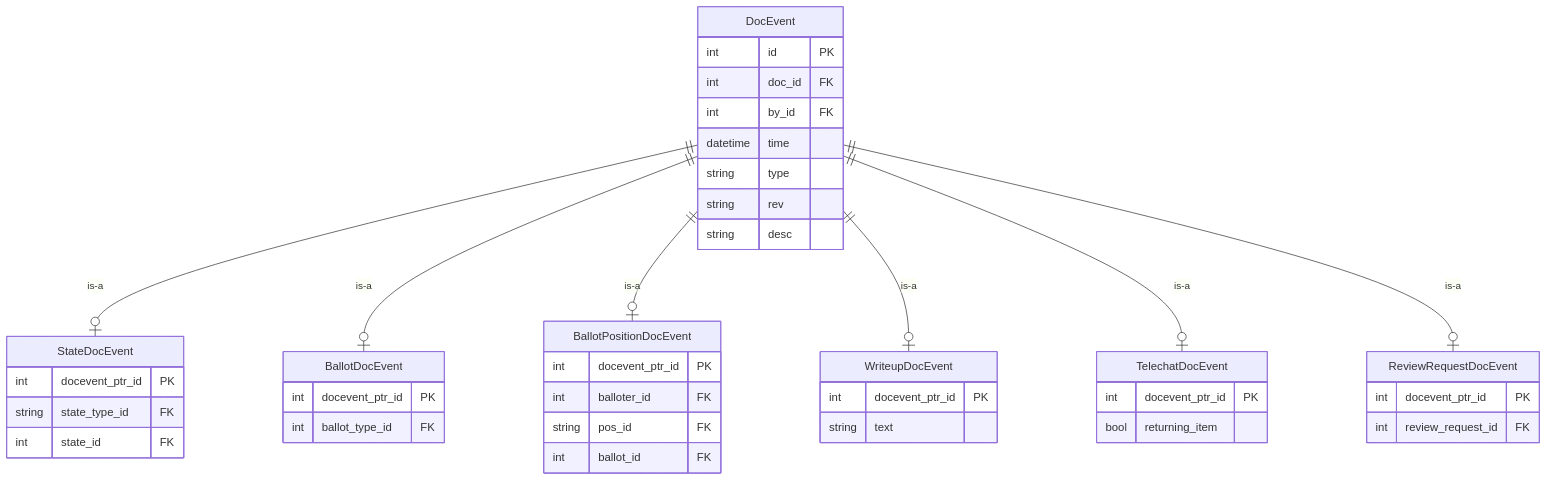
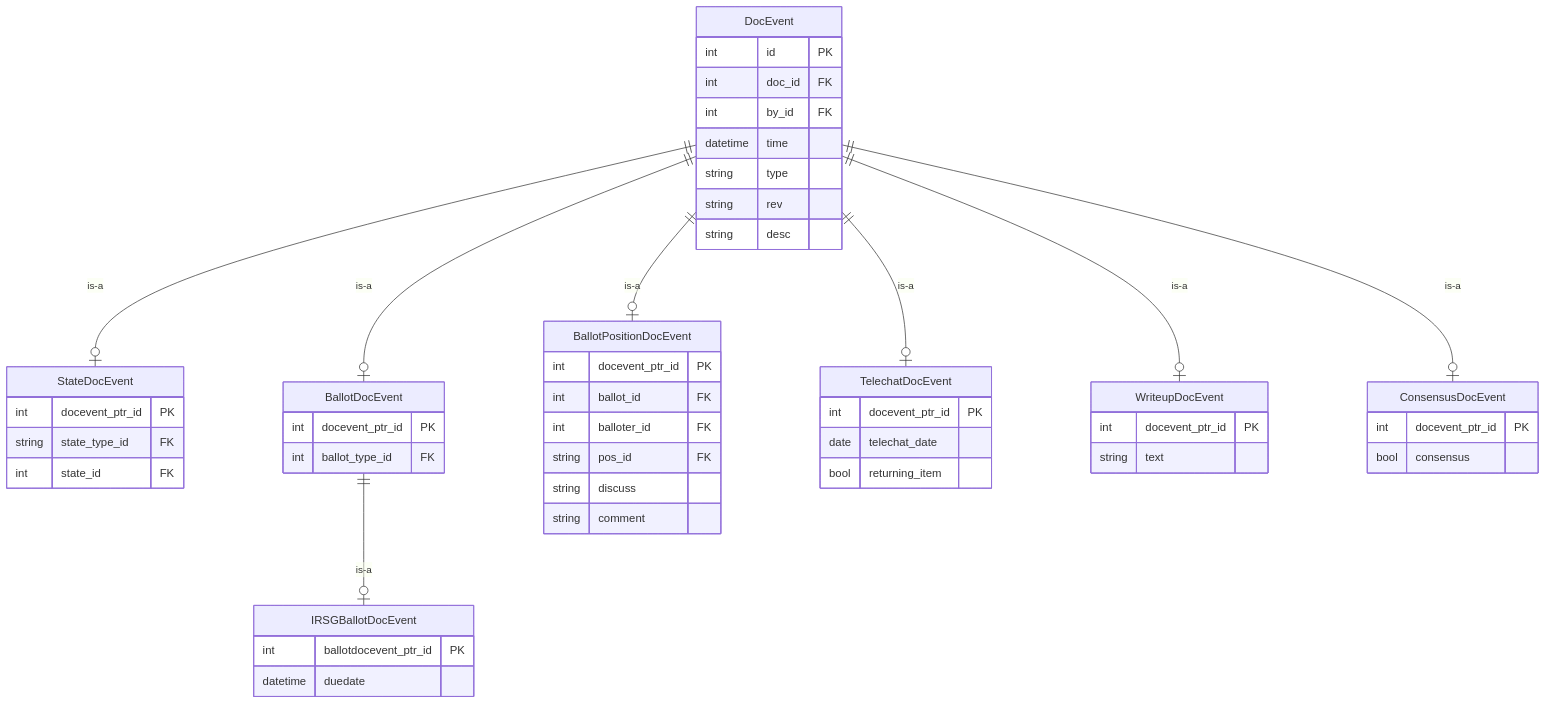
Before and after one commit to aliaspartan9/datatracker: the third of 3 diagrams in dev/intro/document.md, drawn with Mermaid. The commit also changed other lines of this file, not shown here.

````diff
--- a/dev/intro/document.md
+++ b/dev/intro/document.md
@@ -300,46 +457,54 @@
 ```mermaid
 erDiagram
     DocEvent {
         int id PK
         int doc_id FK
         int by_id FK
         datetime time
         string type
         string rev
         string desc
     }
     StateDocEvent {
         int docevent_ptr_id PK
         string state_type_id FK
         int state_id FK
     }
     BallotDocEvent {
         int docevent_ptr_id PK
         int ballot_type_id FK
     }
+    IRSGBallotDocEvent {
+        int ballotdocevent_ptr_id PK
+        datetime duedate
+    }
     BallotPositionDocEvent {
         int docevent_ptr_id PK
+        int ballot_id FK
         int balloter_id FK
         string pos_id FK
-        int ballot_id FK
+        string discuss
+        string comment
+    }
+    TelechatDocEvent {
+        int docevent_ptr_id PK
+        date telechat_date
+        bool returning_item
     }
     WriteupDocEvent {
         int docevent_ptr_id PK
         string text
     }
-    TelechatDocEvent {
+    ConsensusDocEvent {
         int docevent_ptr_id PK
-        bool returning_item
-    }
-    ReviewRequestDocEvent {
-        int docevent_ptr_id PK
-        int review_request_id FK
+        bool consensus
     }
 
     DocEvent ||--o| StateDocEvent : "is-a"
     DocEvent ||--o| BallotDocEvent : "is-a"
+    BallotDocEvent ||--o| IRSGBallotDocEvent : "is-a"
     DocEvent ||--o| BallotPositionDocEvent : "is-a"
+    DocEvent ||--o| TelechatDocEvent : "is-a"
     DocEvent ||--o| WriteupDocEvent : "is-a"
-    DocEvent ||--o| TelechatDocEvent : "is-a"
-    DocEvent ||--o| ReviewRequestDocEvent : "is-a"
+    DocEvent ||--o| ConsensusDocEvent : "is-a"
 ```
````
